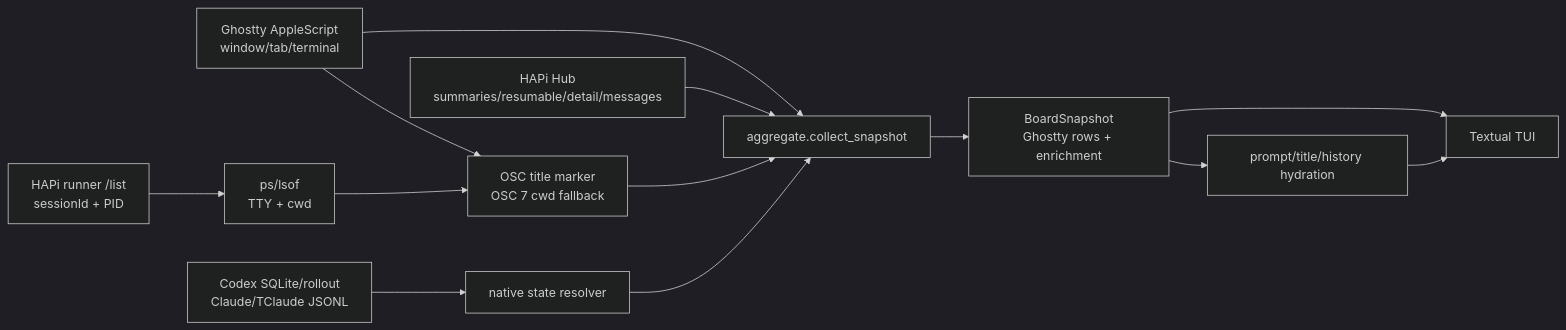
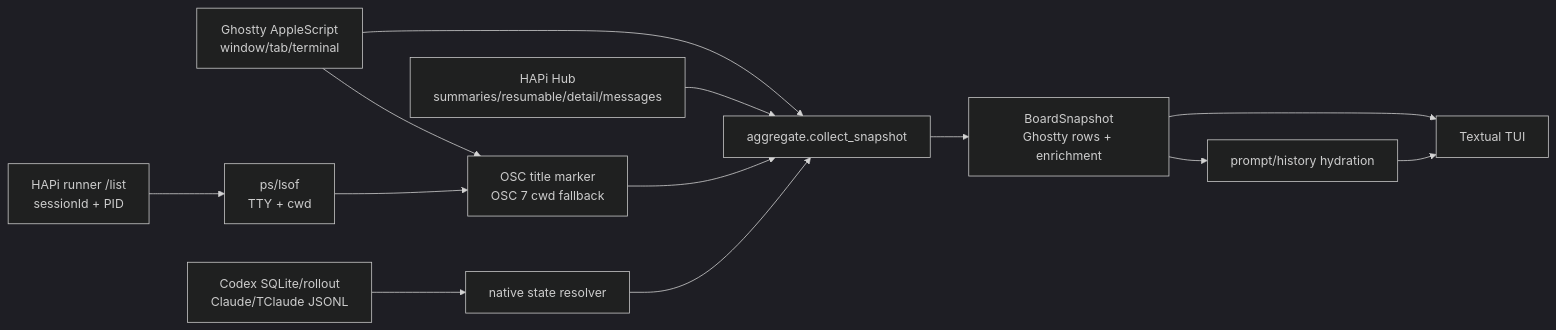
The first of 3 diagrams in docs/TECHNICAL_DESIGN.md (challenwang408408/bkanban), drawn with Mermaid (dark theme) before and after one commit. The commit also changed other lines of this file and 12 other files, not shown here.

````diff
--- a/docs/TECHNICAL_DESIGN.md
+++ b/docs/TECHNICAL_DESIGN.md
@@ -42,15 +42,15 @@
 ```mermaid
 flowchart LR
   G[Ghostty AppleScript\nwindow/tab/terminal] --> A[aggregate.collect_snapshot]
   R[HAPi runner /list\nsessionId + PID] --> P[ps/lsof\nTTY + cwd]
   P --> M[OSC title marker\nOSC 7 cwd fallback]
   G --> M
   M --> A
   H[HAPi Hub\nsummaries/resumable/detail/messages] --> A
   N[Codex SQLite/rollout\nClaude/TClaude JSONL] --> S[native state resolver]
   S --> A
   A --> B[BoardSnapshot\nGhostty rows + enrichment]
   B --> T[Textual TUI]
-  B --> Q[prompt/title/history hydration]
+  B --> Q[prompt/history hydration]
   Q --> T
 ```
````
